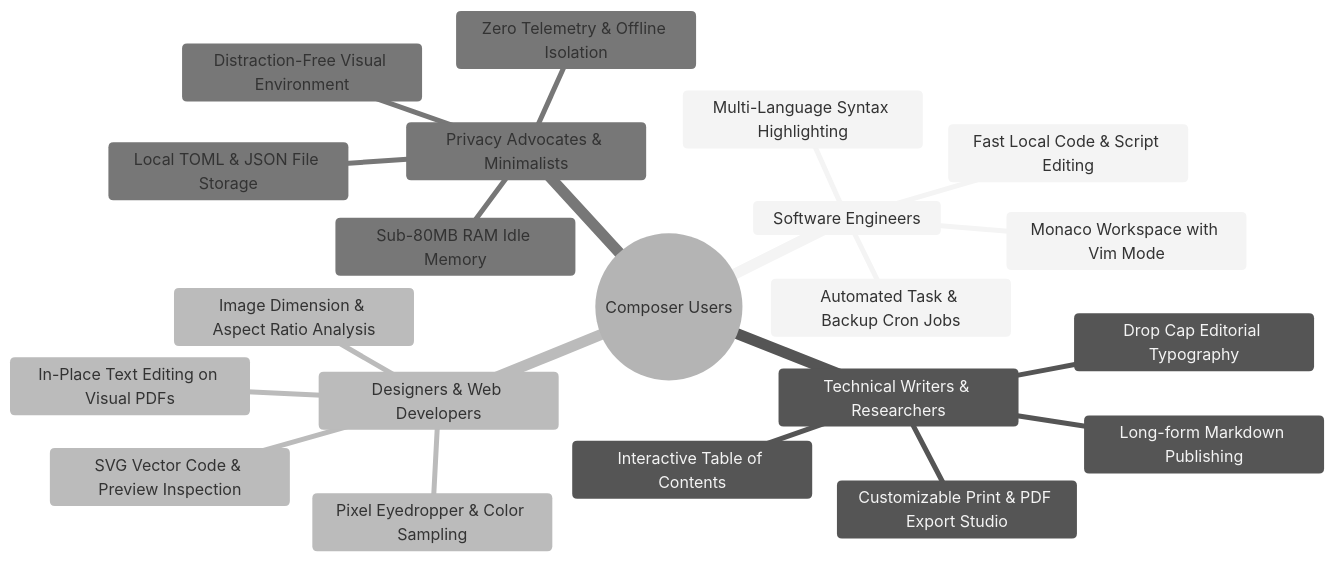
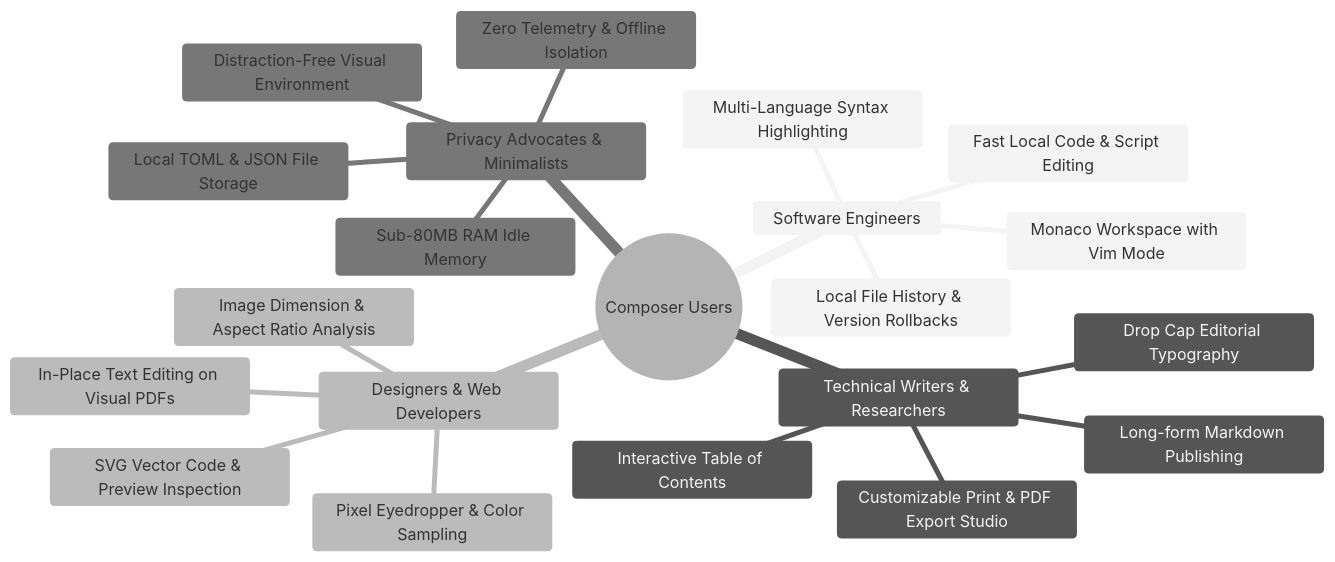
One commit to zishan049/Composer changed the first of 9 diagrams in PRD.md. Above: the diagram before and after it, drawn with Mermaid (neutral theme). The commit also changed other lines of this file and 1 other file, not shown here.

Commit message:
feat: add Home dashboard with global search, modular CSS architecture, and project-wide documentation updates

````diff
--- a/PRD.md
+++ b/PRD.md
@@ -27,24 +28,24 @@
 ```mermaid
 mindmap
   root((Composer Users))
     Software Engineers
       Fast Local Code & Script Editing
       Multi-Language Syntax Highlighting
       Monaco Workspace with Vim Mode
-      Automated Task & Backup Cron Jobs
+      Local File History & Version Rollbacks
     Technical Writers & Researchers
       Long-form Markdown Publishing
       Interactive Table of Contents
       Customizable Print & PDF Export Studio
       Drop Cap Editorial Typography
     Designers & Web Developers
       In-Place Text Editing on Visual PDFs
       SVG Vector Code & Preview Inspection
       Pixel Eyedropper & Color Sampling
       Image Dimension & Aspect Ratio Analysis
     Privacy Advocates & Minimalists
       Zero Telemetry & Offline Isolation
       Sub-80MB RAM Idle Memory
       Distraction-Free Visual Environment
       Local TOML & JSON File Storage
 ```
````
